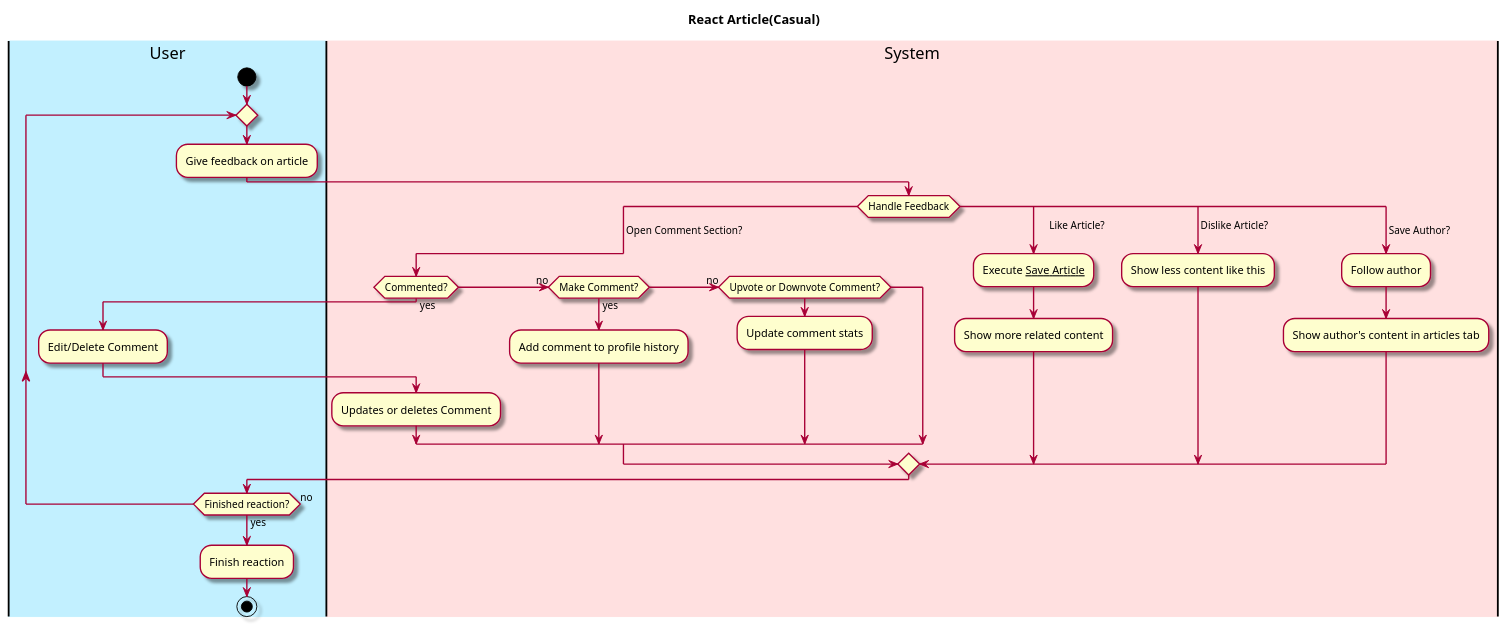
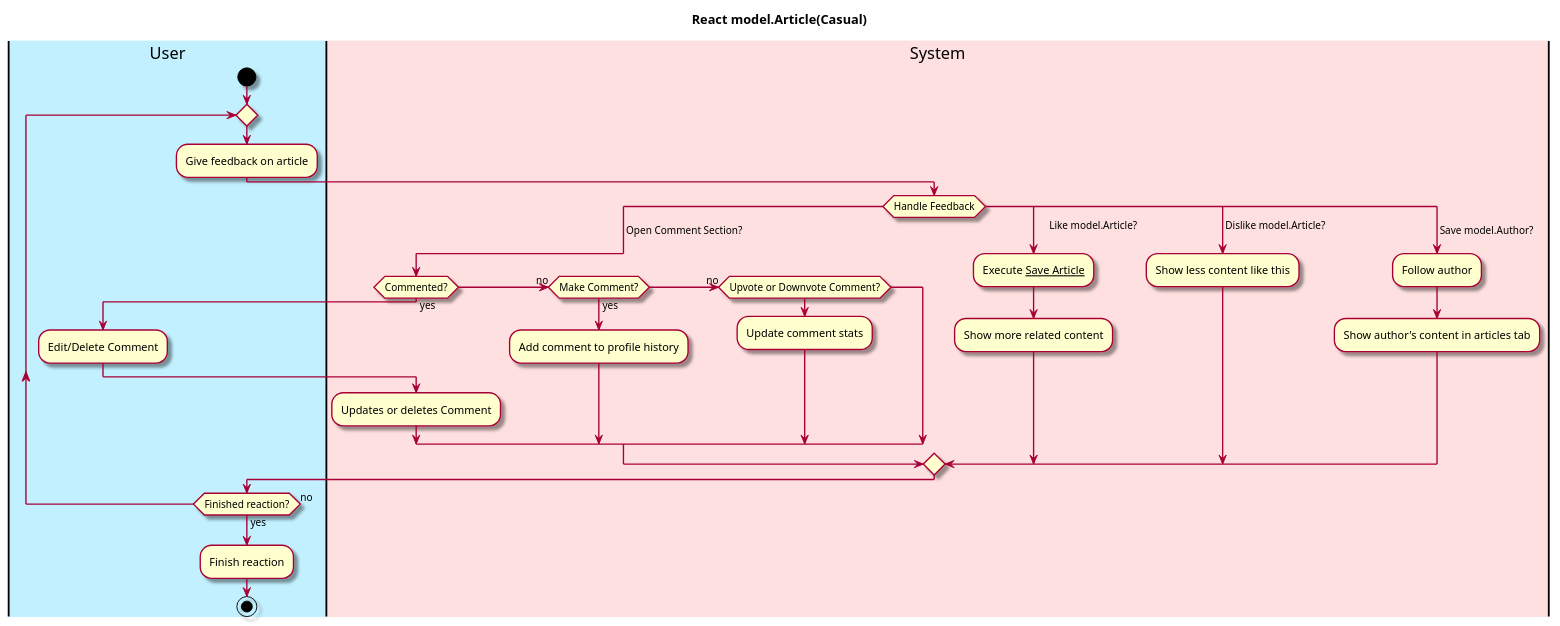
The first of 2 diagrams in intellij/doc/use-cases/react-article.md (owhitleym-ui/EcoScoop), drawn with PlantUML before and after one commit. The commit also changed other lines of this file and 72 other files, not shown here.

````diff
--- a/intellij/doc/use-cases/react-article.md
+++ b/intellij/doc/use-cases/react-article.md
@@ -27,51 +27,51 @@
 ```plantuml
 @startuml
 
 skin rose
 
-title React Article(Casual)
+title React model.Article(Casual)
 
 'define the lanes
 |#application|User|
 |#implementation|System|
 
 
 |User|
 start
 repeat
 :Give feedback on article;
 |System|
 switch (Handle Feedback)
     
     case ( Open Comment Section?)
         if(Commented?) then (yes)
             |User|
             :Edit/Delete Comment;
             |System|
             :Updates or deletes Comment;
         (no)elseif (Make Comment?) then (yes)
             |System|
             :Add comment to profile history;
         (no)elseif (Upvote or Downvote Comment?)
             |System|
             :Update comment stats;
         endif
-    case (      Like Article?)
+    case (      Like model.Article?)
         |System|
         :Execute __Save Article__;
         :Show more related content;
-    case ( Dislike Article?)
+    case ( Dislike model.Article?)
         :Show less content like this;
-    case ( Save Author?) 
+    case ( Save model.Author?) 
         |System|
         :Follow author;
         :Show author's content in articles tab;
 endswitch
 
 
 |User|
 repeat while (Finished reaction?) is (no) not (yes)
 :Finish reaction;
 stop
 @enduml
 ```
````
